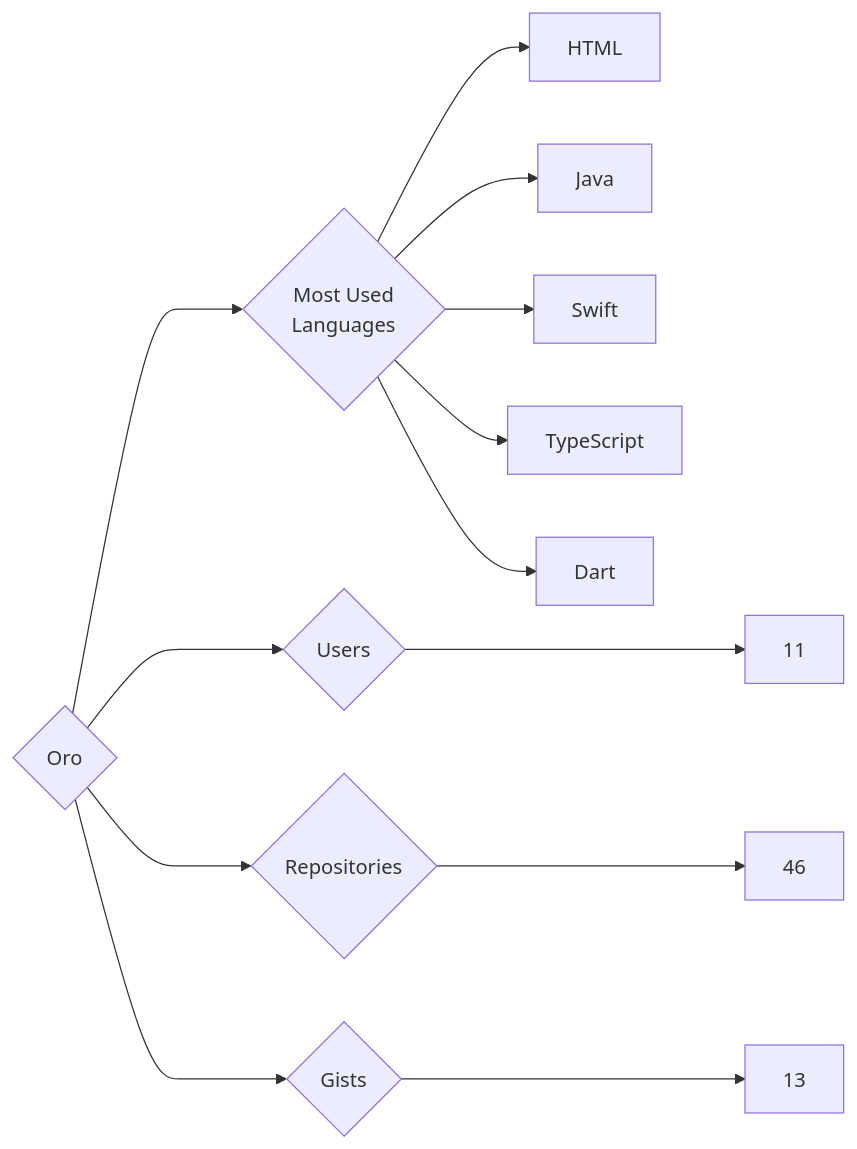
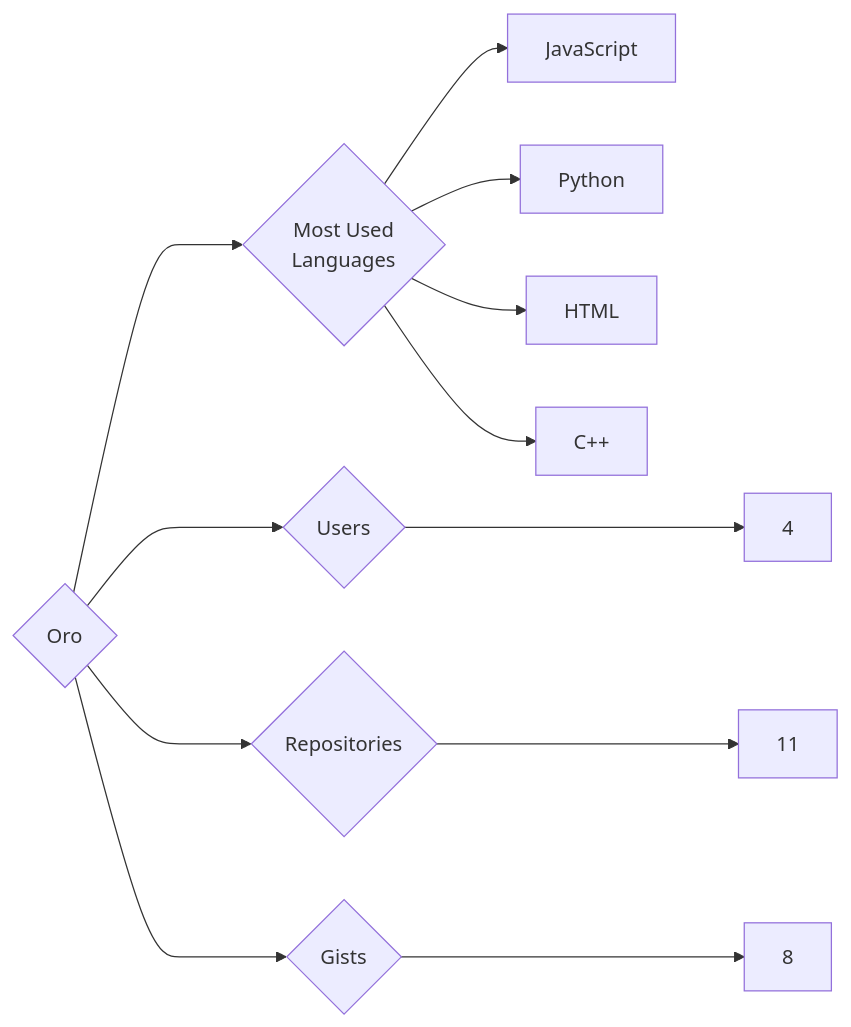
The diagram in targets/Oro/README.md (trickest/insiders), drawn with Mermaid before and after one commit. The commit also changed 898 other files, not shown here.

````diff
--- a/targets/Oro/README.md
+++ b/targets/Oro/README.md
@@ -3,13 +3,12 @@
 ```mermaid
 graph LR
 COMPANY_NAME{Oro}
-COMPANY_NAME ---> U{Users} ---> UN[11]
-COMPANY_NAME ---> R{Repositories} ---> RN[46]
-COMPANY_NAME ---> G{Gists} ---> GN[13]
+COMPANY_NAME ---> U{Users} ---> UN[4]
+COMPANY_NAME ---> R{Repositories} ---> RN[11]
+COMPANY_NAME ---> G{Gists} ---> GN[8]
 COMPANY_NAME ---> ML{Most Used<br>Languages}
+ML --> JavaScript[JavaScript]
+ML --> Python[Python]
 ML --> HTML[HTML]
-ML --> Java[Java]
-ML --> Swift[Swift]
-ML --> TypeScript[TypeScript]
-ML --> Dart[Dart]
+ML --> C++[C++]
 ```
````
